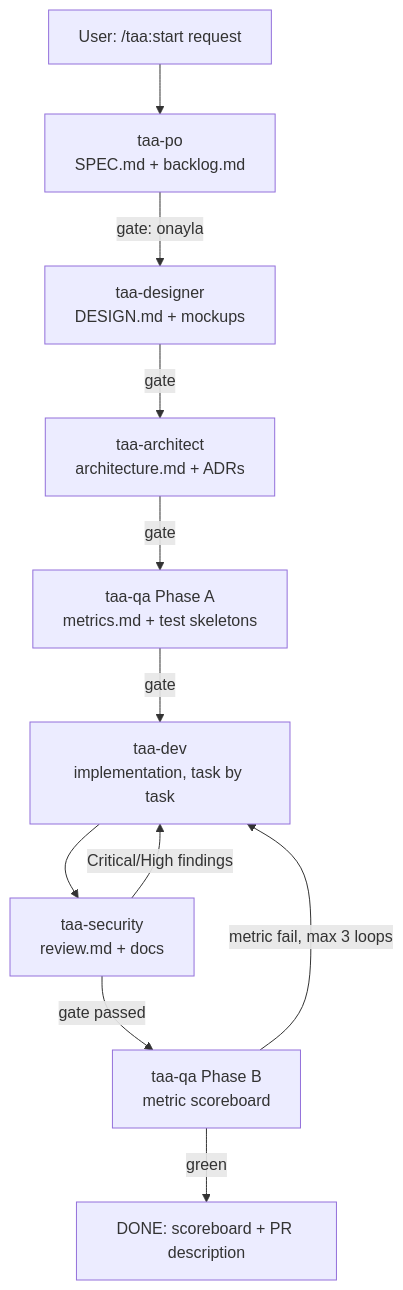
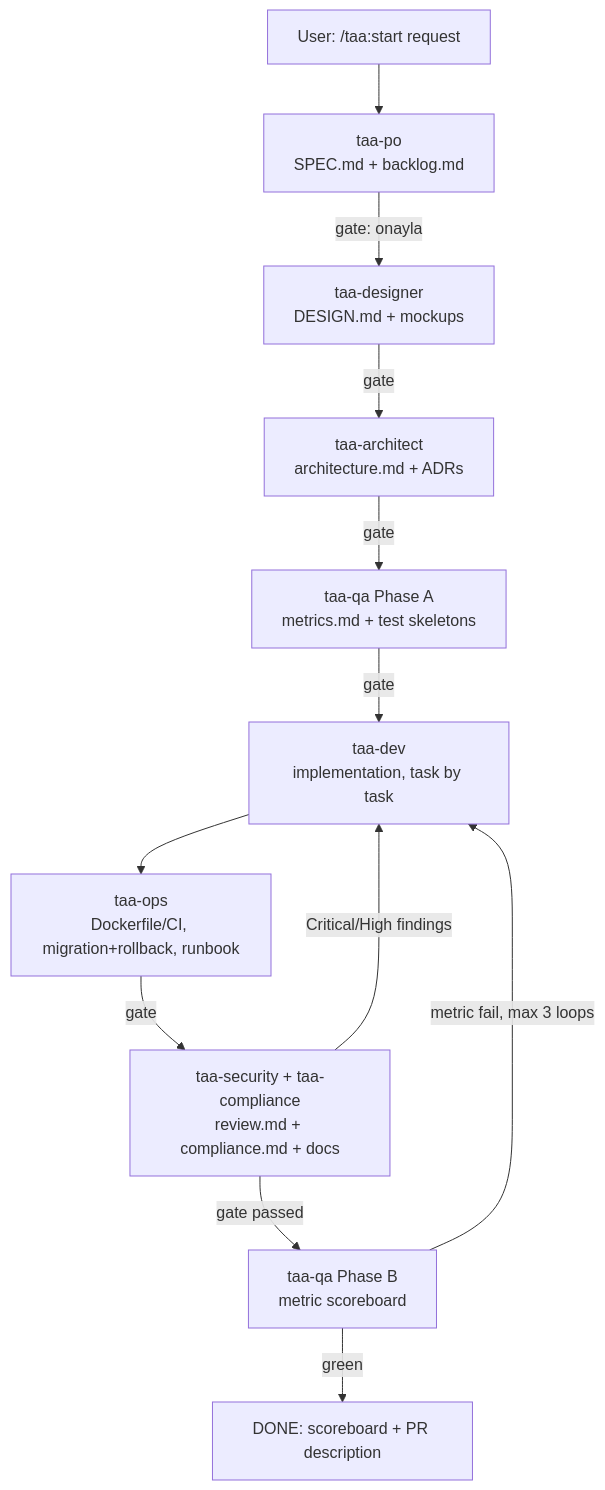
The diagram in docs/PIPELINE.md (ademirel-taztech/taz-agent-stack), drawn with Mermaid before and after one commit. The commit also changed 26 other files, not shown here.

````diff
--- a/docs/PIPELINE.md
+++ b/docs/PIPELINE.md
@@ -5,13 +5,14 @@
 ```mermaid
 flowchart TD
     U[User: /taa:start request] --> PO[taa-po\nSPEC.md + backlog.md]
     PO -->|gate: onayla| DES[taa-designer\nDESIGN.md + mockups]
     DES -->|gate| ARCH[taa-architect\narchitecture.md + ADRs]
     ARCH -->|gate| QAA[taa-qa Phase A\nmetrics.md + test skeletons]
     QAA -->|gate| DEV[taa-dev\nimplementation, task by task]
-    DEV --> SEC[taa-security\nreview.md + docs]
+    DEV --> OPS[taa-ops\nDockerfile/CI, migration+rollback, runbook]
+    OPS -->|gate| SEC[taa-security + taa-compliance\nreview.md + compliance.md + docs]
     SEC -->|Critical/High findings| DEV
     SEC -->|gate passed| QAB[taa-qa Phase B\nmetric scoreboard]
     QAB -->|metric fail, max 3 loops| DEV
     QAB -->|green| DONE[DONE: scoreboard + PR description]
 ```
````
